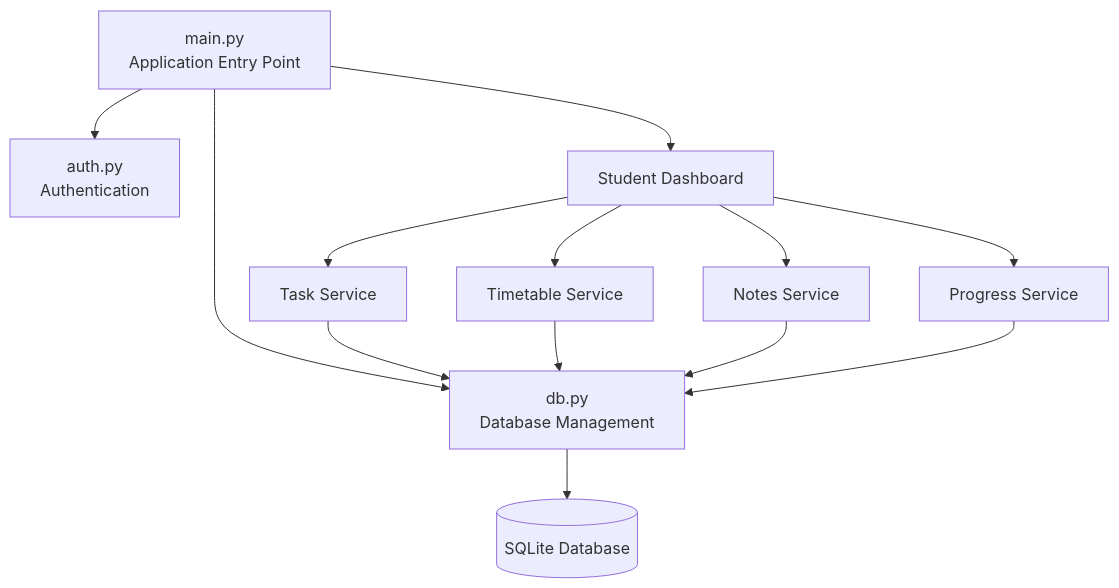
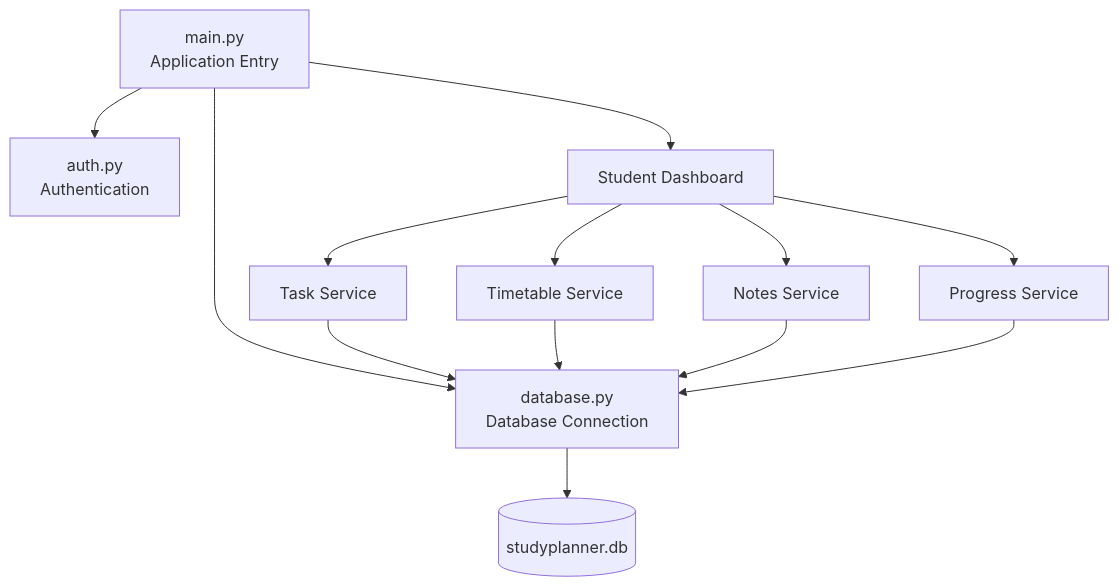
Before and after one commit to rimontanber96/Student-Assistance: the first of 2 diagrams in StudyPlanner/readme.md, drawn with Mermaid. The commit also changed other lines of this file, not shown here.

````diff
--- a/StudyPlanner/readme.md
+++ b/StudyPlanner/readme.md
@@ -140,30 +156,30 @@
 ```mermaid
 flowchart TD
-    A["main.py<br/>Application Entry Point"]
+    A["main.py<br/>Application Entry"]
     B["auth.py<br/>Authentication"]
-    C["db.py<br/>Database Management"]
+    C["database.py<br/>Database Connection"]
     D["Student Dashboard"]
 
     E["Task Service"]
     F["Timetable Service"]
     G["Notes Service"]
     H["Progress Service"]
 
-    I[("SQLite Database")]
+    I[("studyplanner.db")]
 
     A --> B
     A --> C
     A --> D
 
     D --> E
     D --> F
     D --> G
     D --> H
 
     E --> C
     F --> C
     G --> C
     H --> C
 
     C --> I
 ```
````
